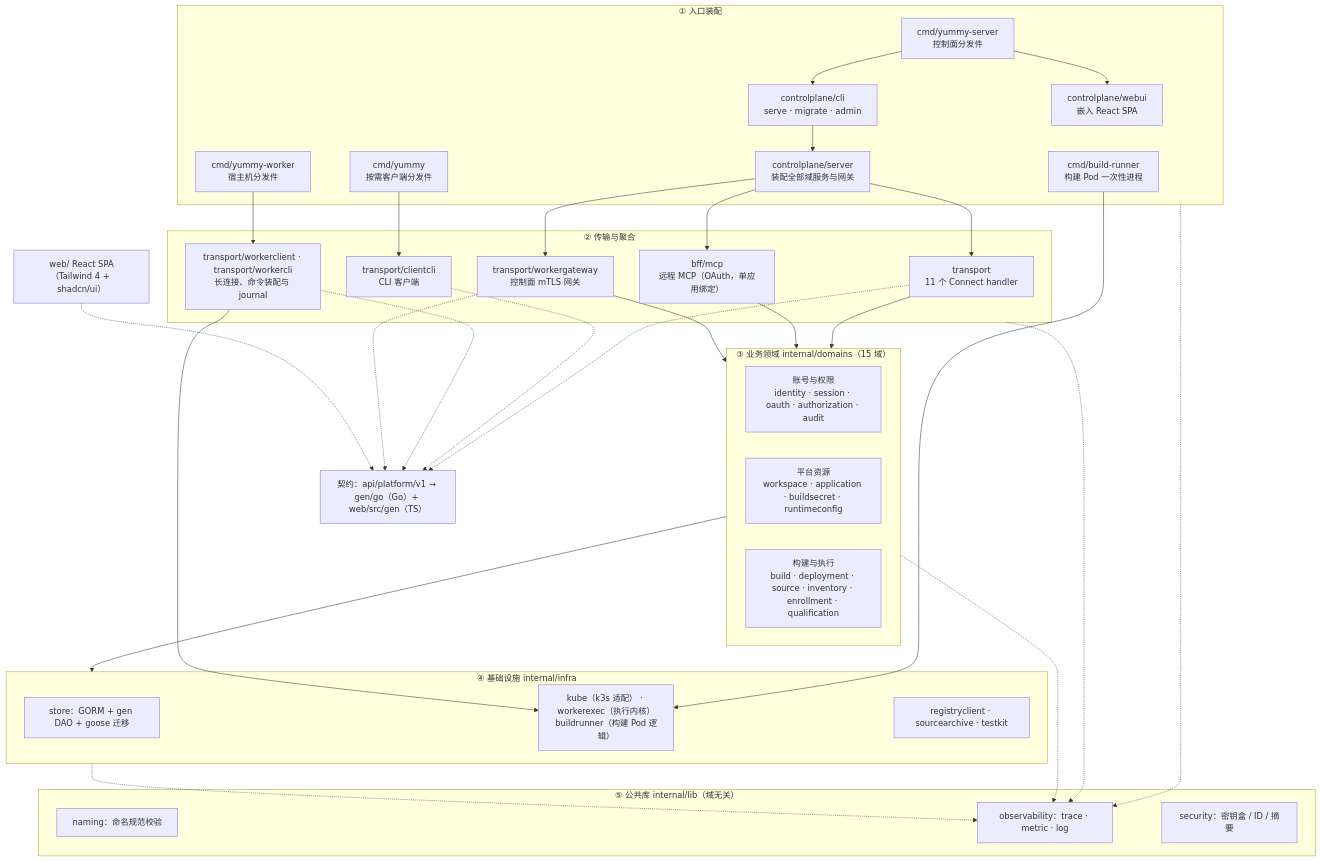
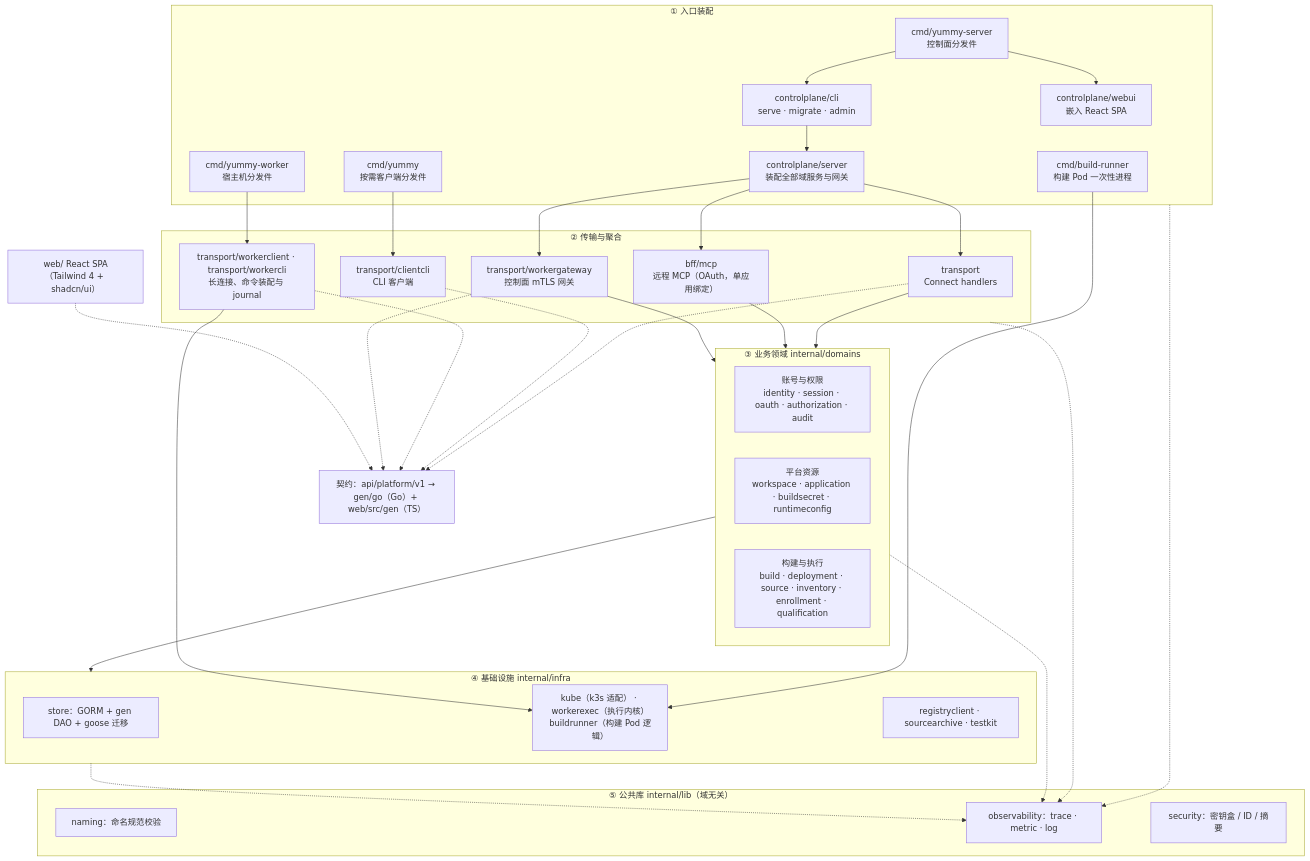
The second of 2 diagrams in docs/architecture.md (sunshanpeng/yummy), drawn with Mermaid before and after one commit. The commit also changed other lines of this file and 80 other files, not shown here.

````diff
--- a/docs/architecture.md
+++ b/docs/architecture.md
@@ -74,65 +74,65 @@
 ```mermaid
 flowchart TB
     subgraph entry["① 入口装配"]
         cmdsrv["cmd/yummy-server<br/>控制面分发件"]
         cmdcli["cmd/yummy<br/>按需客户端分发件"]
         cmdworker["cmd/yummy-worker<br/>宿主机分发件"]
         cmdr["cmd/build-runner<br/>构建 Pod 一次性进程"]
         cpcli["controlplane/cli<br/>serve · migrate · admin"]
         cpsrv["controlplane/server<br/>装配全部域服务与网关"]
         webui["controlplane/webui<br/>嵌入 React SPA"]
     end
 
     subgraph edge["② 传输与聚合"]
-        tr["transport<br/>11 个 Connect handler"]
+        tr["transport<br/>Connect handlers"]
         wg["transport/workergateway<br/>控制面 mTLS 网关"]
         wc["transport/workerclient · transport/workercli<br/>长连接、命令装配与 journal"]
         ccli["transport/clientcli<br/>CLI 客户端"]
         mcp["bff/mcp<br/>远程 MCP（OAuth，单应用绑定）"]
     end
 
-    subgraph domains["③ 业务领域 internal/domains（15 域）"]
+    subgraph domains["③ 业务领域 internal/domains"]
         d1["账号与权限<br/>identity · session · oauth · authorization · audit"]
         d2["平台资源<br/>workspace · application · buildsecret · runtimeconfig"]
         d3["构建与执行<br/>build · deployment · source · inventory · enrollment · qualification"]
     end
 
     subgraph infra["④ 基础设施 internal/infra"]
         i1["store：GORM + gen DAO + goose 迁移"]
         i2["kube（k3s 适配） · workerexec（执行内核）<br/>buildrunner（构建 Pod 逻辑）"]
         i3["registryclient · sourcearchive · testkit"]
     end
 
     subgraph common["⑤ 公共库 internal/lib（域无关）"]
         cm1["naming：命名规范校验"]
         cm2["observability：trace · metric · log"]
         cm3["security：密钥盒 / ID / 摘要"]
     end
 
     contract["契约：api/platform/v1 → gen/go（Go）+ web/src/gen（TS）"]
     webapp["web/ React SPA（Tailwind 4 + shadcn/ui）"]
 
     cmdsrv --> cpcli
     cmdsrv --> webui
     cmdcli --> ccli
     cmdworker --> wc
     cmdr --> i2
     wc --> i2
     cpcli --> cpsrv
     cpsrv --> mcp
     cpsrv --> tr
     cpsrv --> wg
     tr --> domains
     mcp --> domains
     wg --> domains
     domains --> infra
     tr -.-> contract
     ccli -.-> contract
     wc -.-> contract
     wg -.-> contract
     webapp -.-> contract
     entry -.-> cm2
     edge -.-> cm2
     domains -.-> cm2
     infra -.-> cm2
 ```
````
